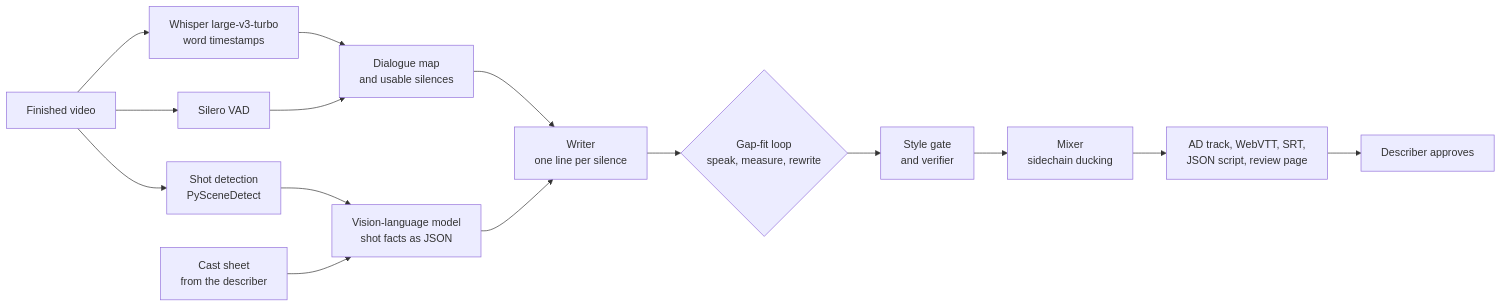
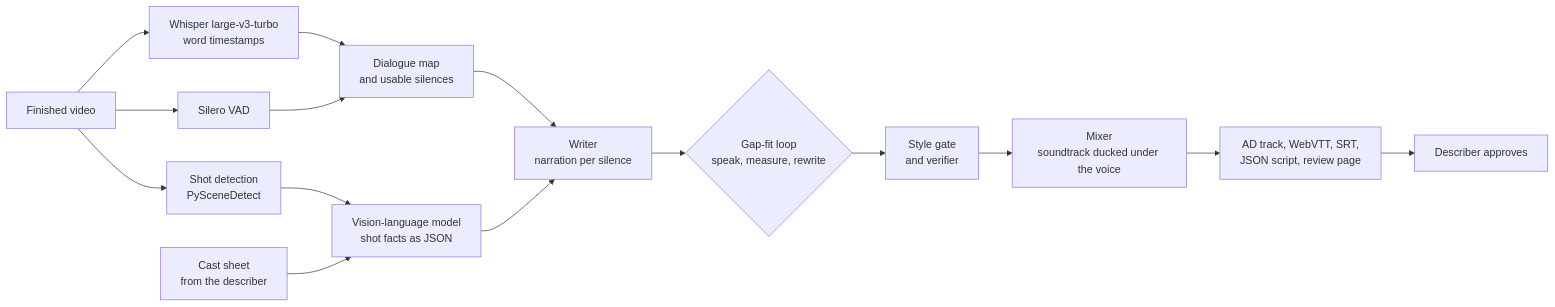
One commit to tedinroc/gapcaster changed the diagram in README.md. Above: the diagram before and after it, drawn with Mermaid. The commit also changed other lines of this file and 3 other files, not shown here.

````diff
--- a/README.md
+++ b/README.md
@@ -39,17 +40,17 @@
 ```mermaid
 flowchart LR
   V[Finished video] --> S[Shot detection<br/>PySceneDetect]
   V --> A[Whisper large-v3-turbo<br/>word timestamps]
   V --> D[Silero VAD]
   A --> G[Dialogue map<br/>and usable silences]
   D --> G
   S --> F[Vision-language model<br/>shot facts as JSON]
   C[Cast sheet<br/>from the describer] --> F
-  G --> W[Writer<br/>one line per silence]
+  G --> W[Writer<br/>narration per silence]
   F --> W
   W --> L{Gap-fit loop<br/>speak, measure, rewrite}
   L --> Q[Style gate<br/>and verifier]
-  Q --> M[Mixer<br/>sidechain ducking]
+  Q --> M[Mixer<br/>soundtrack ducked under the voice]
   M --> O[AD track, WebVTT, SRT,<br/>JSON script, review page]
   O --> H[Describer approves]
 ```
````
